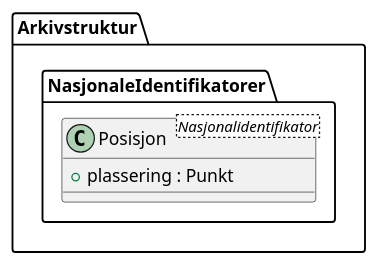
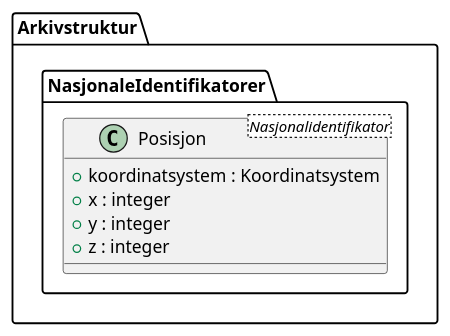
The diagram in kapitler/media/uml-class-posisjon.iuml (arkivverket/noark5-tjenestegrensesnitt-standard), drawn with PlantUML before and after one commit. The commit also changed 14 other files, not shown here.

```diff
--- a/kapitler/media/uml-class-posisjon.iuml
+++ b/kapitler/media/uml-class-posisjon.iuml
@@ -1,5 +1,8 @@
 @startuml
 class Arkivstruktur.NasjonaleIdentifikatorer.Posisjon <Nasjonalidentifikator> {
-  +plassering : Punkt
+  +koordinatsystem : Koordinatsystem
+  +x : integer
+  +y : integer
+  +z : integer
 }
 @enduml
```
